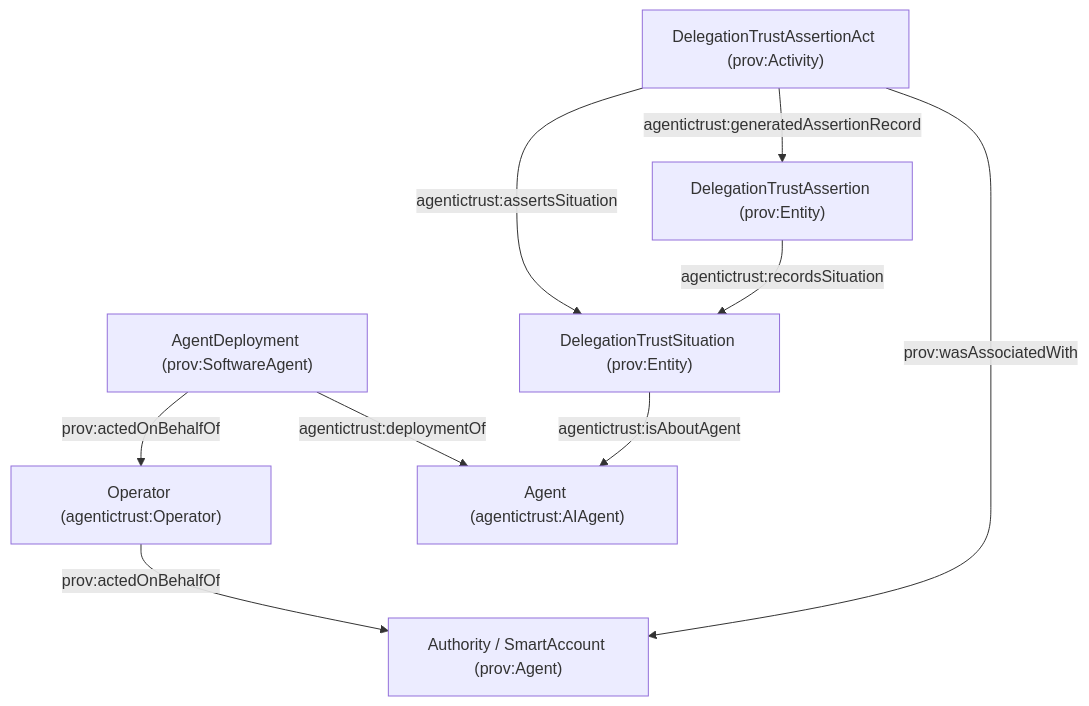
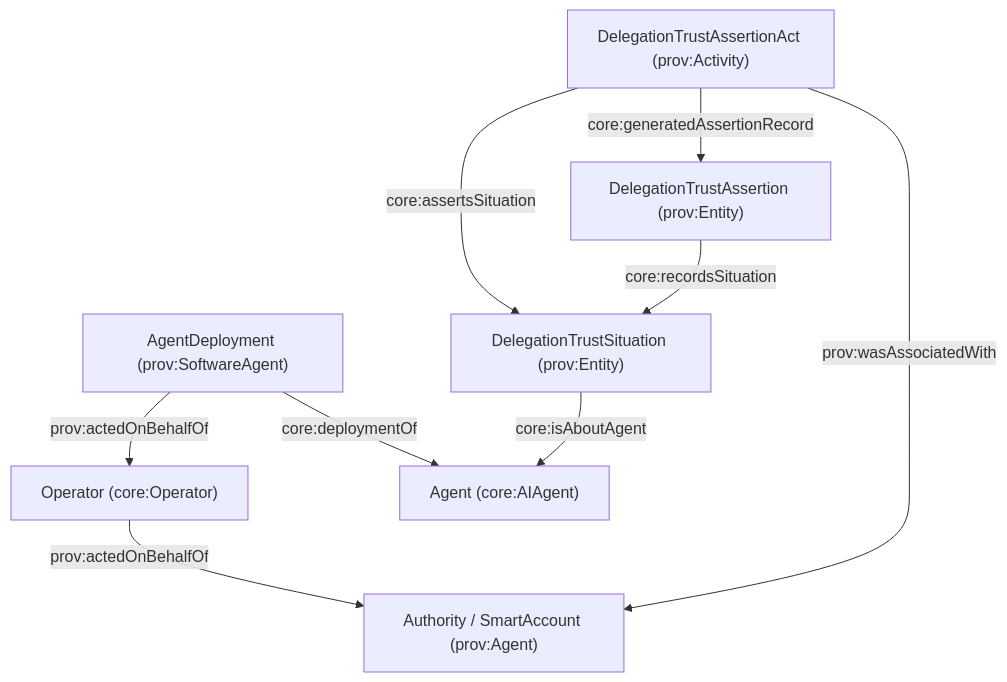
One commit to Agentic-Trust-Layer/agent-explorer changed the first of 2 diagrams in docs/ontology/oidc-a.md. Above: the diagram before and after it, drawn with Mermaid. The commit also changed other lines of this file and 49 other files, not shown here.

````diff
--- a/docs/ontology/oidc-a.md
+++ b/docs/ontology/oidc-a.md
@@ -95,19 +95,19 @@
 ```mermaid
 graph TB
   Authority["Authority / SmartAccount (prov:Agent)"]
-  Operator["Operator (agentictrust:Operator)"]
-  Agent["Agent (agentictrust:AIAgent)"]
+  Operator["Operator (core:Operator)"]
+  Agent["Agent (core:AIAgent)"]
   Deploy["AgentDeployment (prov:SoftwareAgent)"]
   Sit["DelegationTrustSituation (prov:Entity)"]
   Act["DelegationTrustAssertionAct (prov:Activity)"]
   Rec["DelegationTrustAssertion (prov:Entity)"]
 
-  Deploy -->|agentictrust:deploymentOf| Agent
+  Deploy -->|core:deploymentOf| Agent
   Operator -->|prov:actedOnBehalfOf| Authority
   Deploy -->|prov:actedOnBehalfOf| Operator
   Act -->|prov:wasAssociatedWith| Authority
-  Sit -->|agentictrust:isAboutAgent| Agent
-  Act -->|agentictrust:assertsSituation| Sit
-  Act -->|agentictrust:generatedAssertionRecord| Rec
-  Rec -->|agentictrust:recordsSituation| Sit
+  Sit -->|core:isAboutAgent| Agent
+  Act -->|core:assertsSituation| Sit
+  Act -->|core:generatedAssertionRecord| Rec
+  Rec -->|core:recordsSituation| Sit
 ```
````
